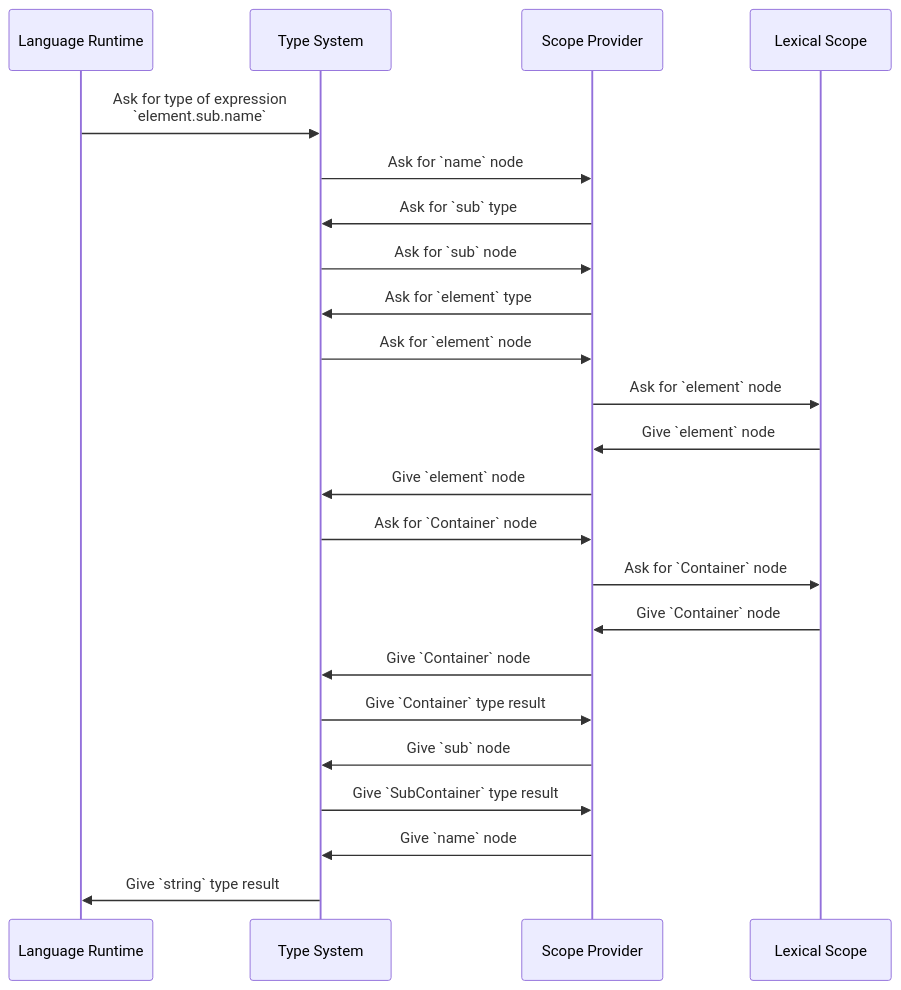
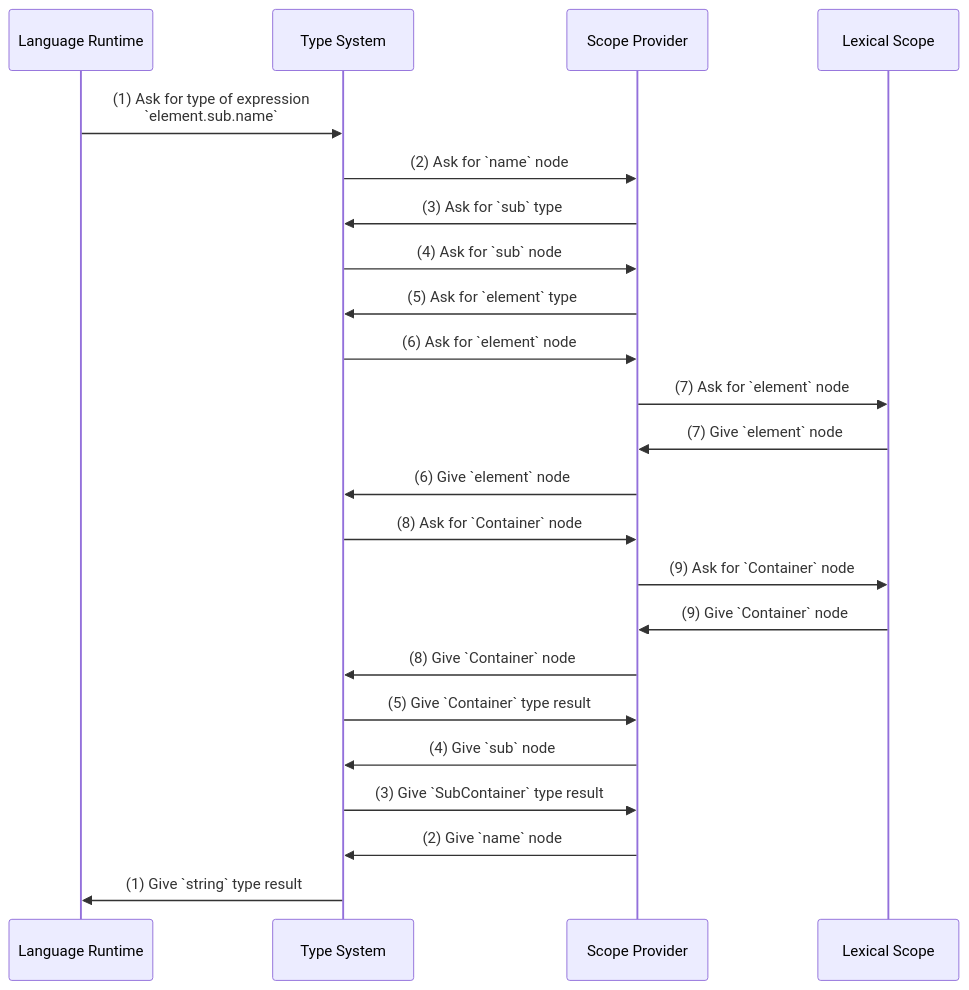
Before and after one commit to eclipse-langium/langium-website: the diagram in hugo/content/docs/recipes/scoping/class-member.md, drawn with Mermaid.

Commit message:
Specify class member scoping order

```diff
--- a/hugo/content/docs/recipes/scoping/class-member.md
+++ b/hugo/content/docs/recipes/scoping/class-member.md
@@ -121,25 +121,25 @@
 {{<mermaid>}}
 sequenceDiagram
     participant R as Language Runtime
     participant T as Type System
     participant S as Scope Provider
     participant L as Lexical Scope
-    R->>T: Ask for type of expression<br>`element.sub.name`
-    T->>S: Ask for `name` node
-    S->>T: Ask for `sub` type
-    T->>S: Ask for `sub` node
-    S->>T: Ask for `element` type
-    T->>S: Ask for `element` node
-    S->>L: Ask for `element` node
-    L->>S: Give `element` node
-    S->>T: Give `element` node
-    T->>S: Ask for `Container` node
-    S->>L: Ask for `Container` node
-    L->>S: Give `Container` node
-    S->>T: Give `Container` node
-    T->>S: Give `Container` type result
-    S->>T: Give `sub` node
-    T->>S: Give `SubContainer` type result
-    S->>T: Give `name` node
-    T->>R: Give `string` type result
+    R->>T: (1) Ask for type of expression<br>`element.sub.name`
+    T->>S: (2) Ask for `name` node
+    S->>T: (3) Ask for `sub` type
+    T->>S: (4) Ask for `sub` node
+    S->>T: (5) Ask for `element` type
+    T->>S: (6) Ask for `element` node
+    S->>L: (7) Ask for `element` node
+    L->>S: (7) Give `element` node
+    S->>T: (6) Give `element` node
+    T->>S: (8) Ask for `Container` node
+    S->>L: (9) Ask for `Container` node
+    L->>S: (9) Give `Container` node
+    S->>T: (8) Give `Container` node
+    T->>S: (5) Give `Container` type result
+    S->>T: (4) Give `sub` node
+    T->>S: (3) Give `SubContainer` type result
+    S->>T: (2) Give `name` node
+    T->>R: (1) Give `string` type result
 {{</mermaid>}}
```
